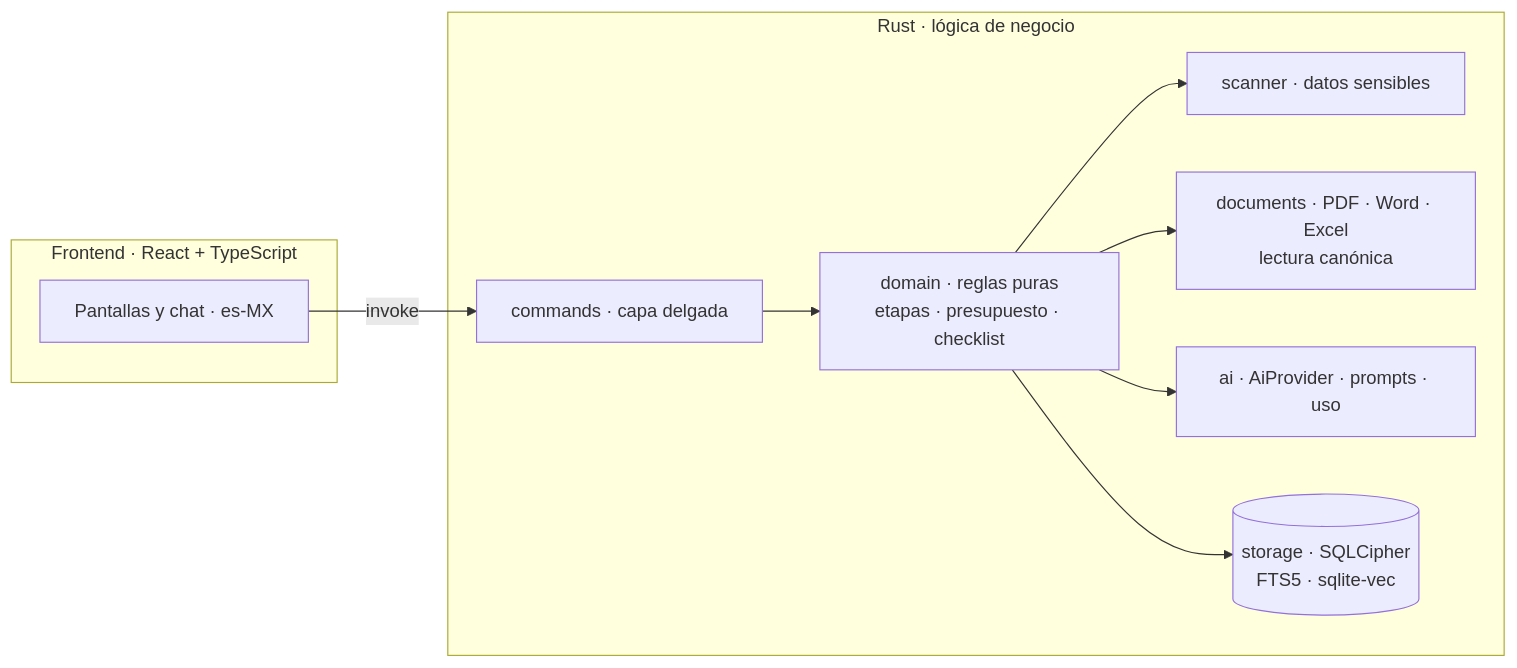
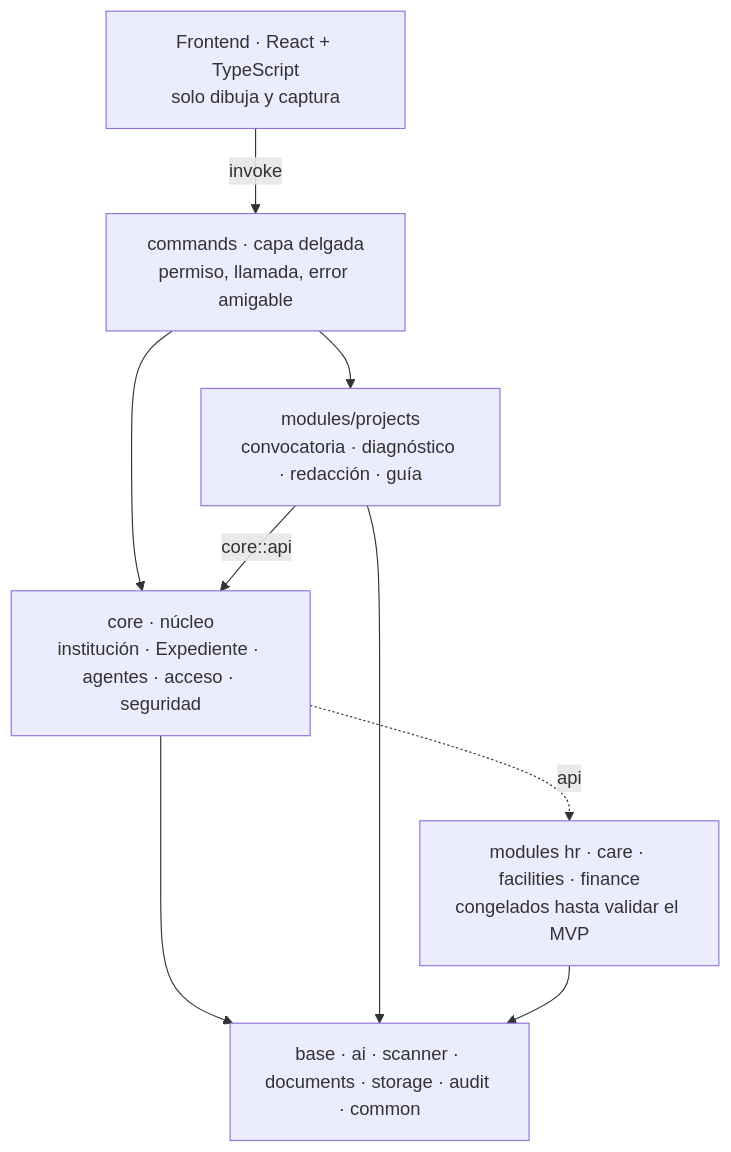
Before and after one commit to J41M3C4B/Cimiento-Agente-de-Ingenieria-de-Proyectos-: the diagram in README.md, drawn with Mermaid. The commit also changed other lines of this file, not shown here.

Commit message:
README: SociAI as an ERP with AI at its core and its MVP

````diff
--- a/README.md
+++ b/README.md
@@ -162,16 +125,15 @@
 ```mermaid
-flowchart LR
-    subgraph UI["Frontend · React + TypeScript"]
-        P[Pantallas y chat · es-MX]
-    end
-    subgraph Core["Rust · lógica de negocio"]
-        C[commands · capa delgada]
-        D[domain · reglas puras<br/>etapas · presupuesto · checklist]
-        S[scanner · datos sensibles]
-        DOC[documents · PDF · Word · Excel<br/>lectura canónica]
-        AI[ai · AiProvider · prompts · uso]
-        ST[(storage · SQLCipher<br/>FTS5 · sqlite-vec)]
-    end
-    P -- invoke --> C --> D
-    D --> S & DOC & AI & ST
+flowchart TB
+    UI[Frontend · React + TypeScript<br/>solo dibuja y captura]
+    CMD[commands · capa delgada<br/>permiso, llamada, error amigable]
+    PRJ[modules/projects<br/>convocatoria · diagnóstico · redacción · guía]
+    CORE[core · núcleo<br/>institución · Expediente · agentes · acceso · seguridad]
+    FROZEN[modules hr · care · facilities · finance<br/>congelados hasta validar el MVP]
+    BASE[base · ai · scanner · documents · storage · audit · common]
+    UI -- invoke --> CMD --> PRJ & CORE
+    PRJ -- core::api --> CORE
+    CORE --> BASE
+    PRJ --> BASE
+    CORE -. api .-> FROZEN
+    FROZEN --> BASE
 ```
````
